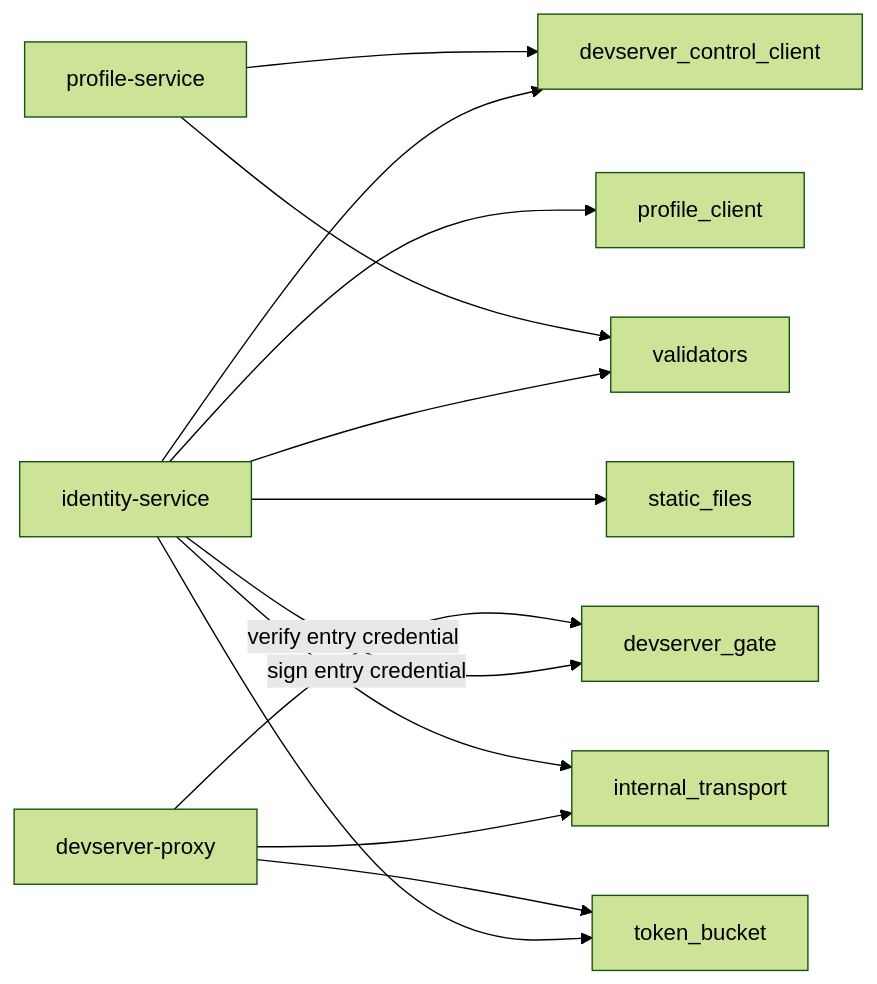
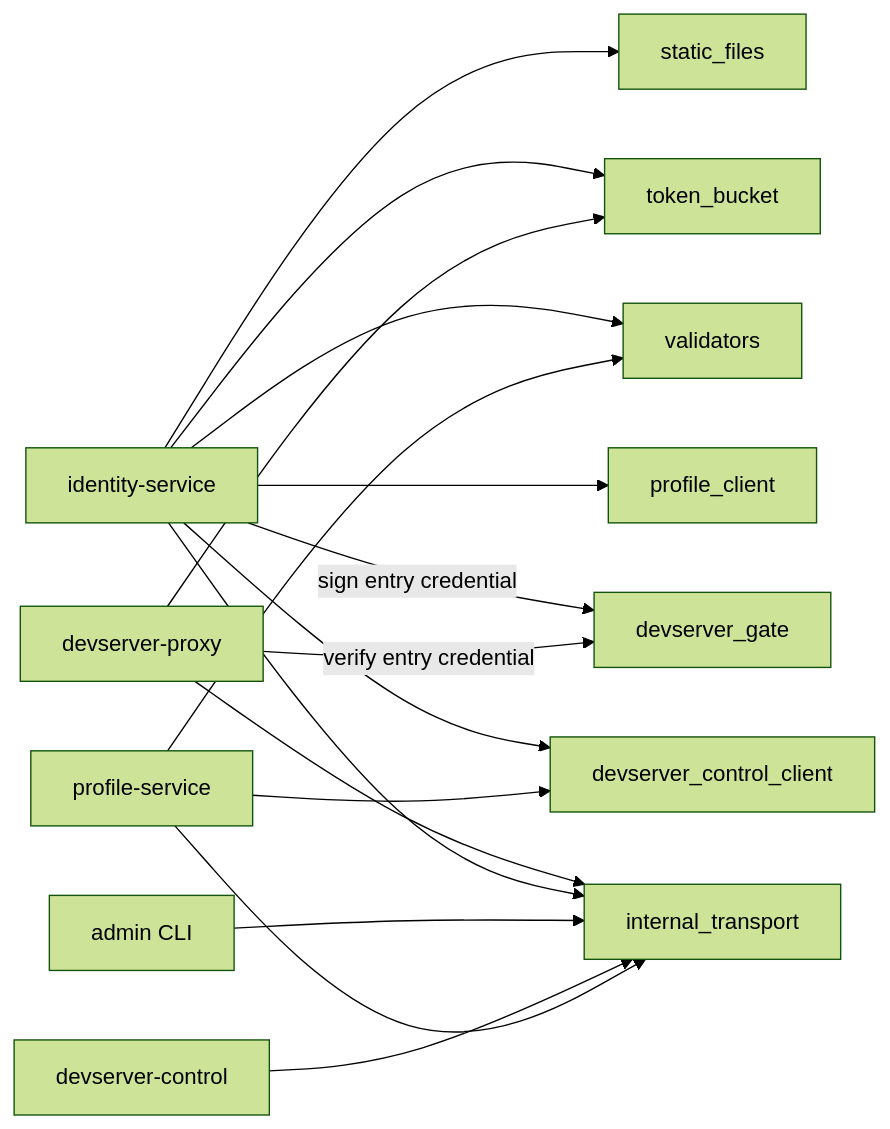
Before and after one commit to fiorix/chan: the diagram in gateway/crates/gateway-common/design.md, drawn with Mermaid (forest theme). The commit also changed other lines of this file and 19 other files, not shown here.

````diff
--- a/gateway/crates/gateway-common/design.md
+++ b/gateway/crates/gateway-common/design.md
@@ -19,15 +9,18 @@
 ```mermaid
 flowchart LR
   identity[identity-service] --> profile[profile_client]
   identity --> control[devserver_control_client]
   identity -->|sign entry credential| gate[devserver_gate]
   proxy[devserver-proxy] -->|verify entry credential| gate
   proxy --> internal[internal_transport]
   identity --> internal
+  admin[admin CLI] --> internal
+  controller[devserver-control] --> internal
   profile_service[profile-service] --> control
+  profile_service --> internal
   identity --> static[static_files]
   identity --> validators[validators]
   profile_service --> validators
   identity --> bucket[token_bucket]
   proxy --> bucket
 ```
````
